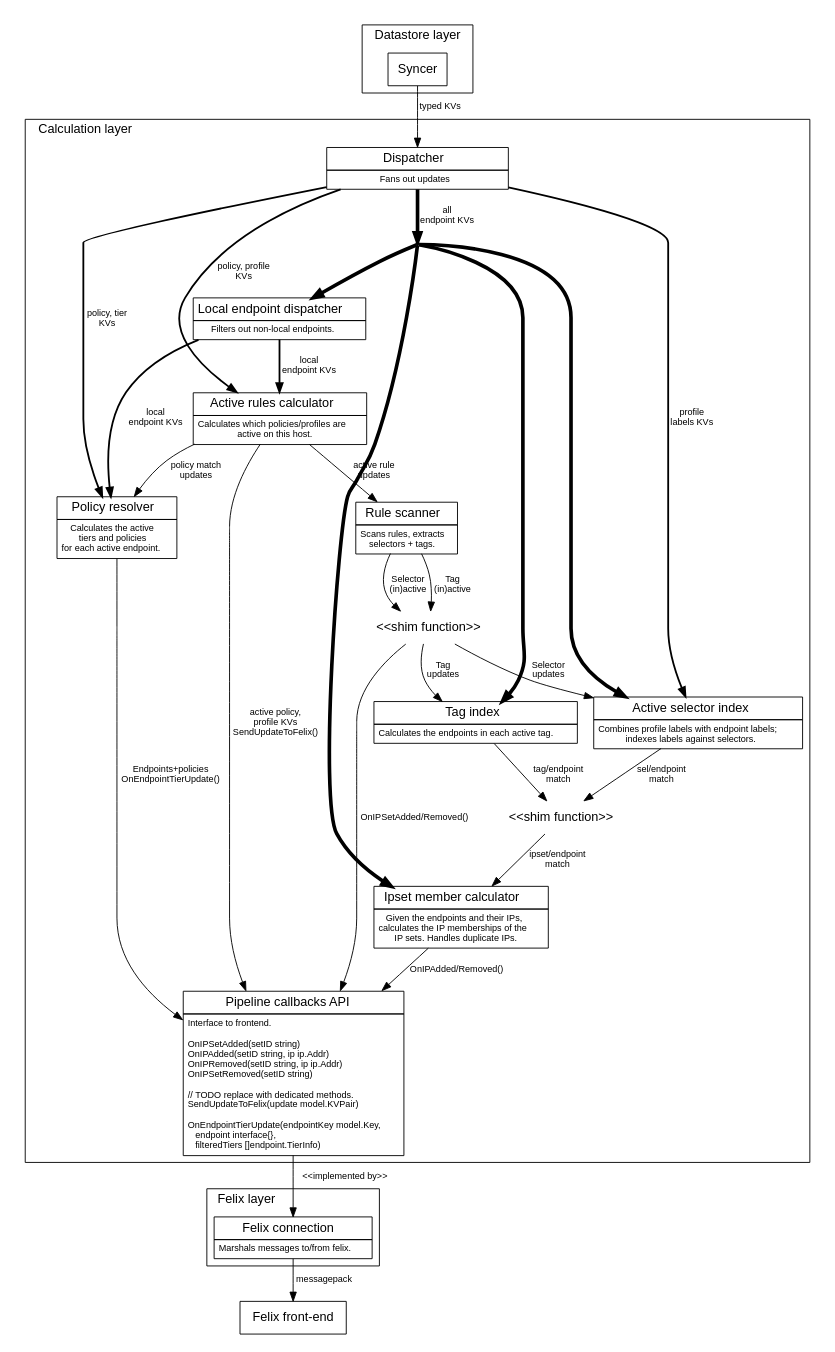
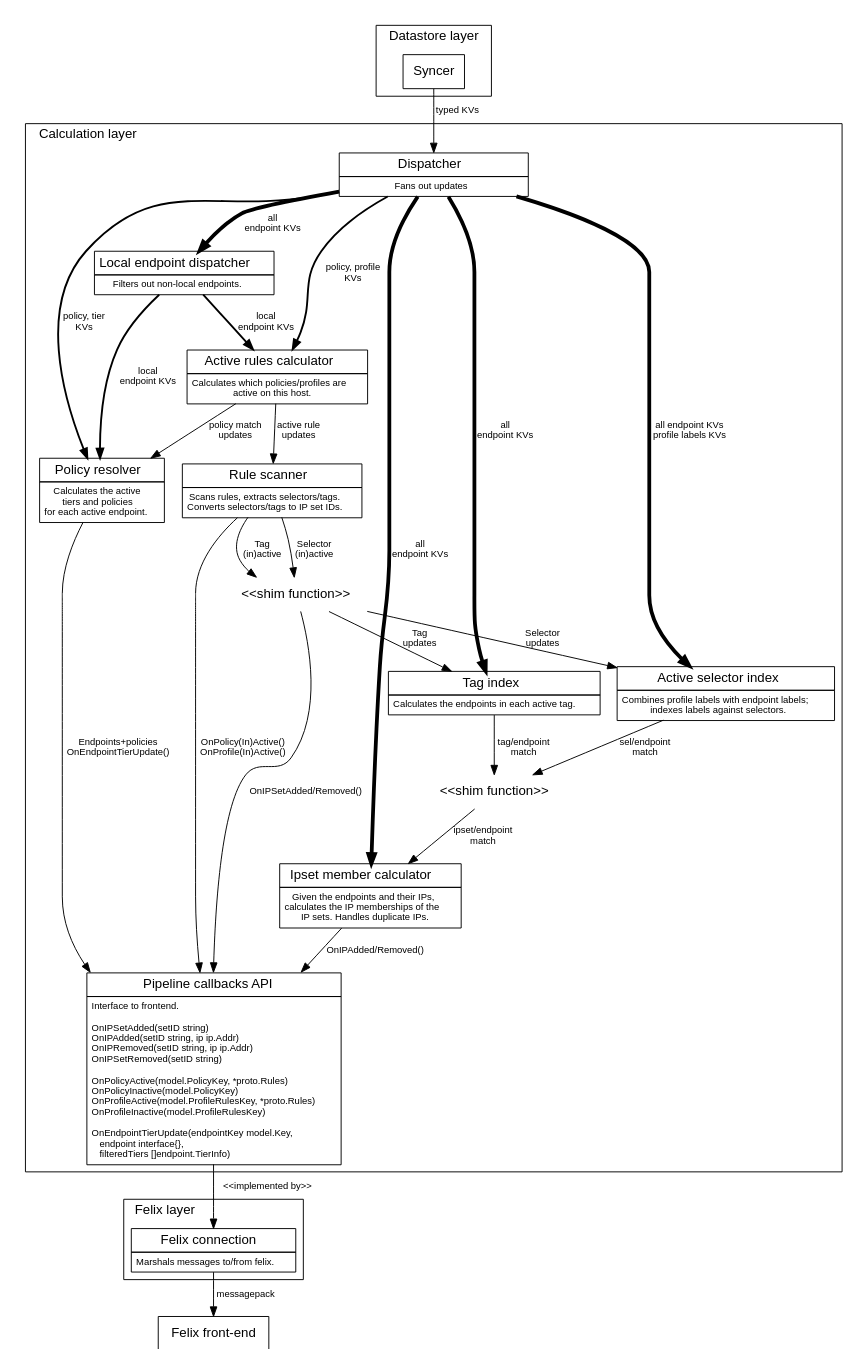
The diagram in doc/calc.dot (projectcalico/libcalico-go), drawn with Graphviz before and after one commit. The commit also changed 8 other files, not shown here.

Commit message:
Work towards a Felix event-based API.  Simplify calculationg graph.

```diff
--- a/doc/calc.dot
+++ b/doc/calc.dot
@@ -1,134 +1,133 @@
 digraph G {
 size="7.5,10"
 labeljust="l"
 fontname=Helvetica;
 node [fontname=Helvetica]
 edge [fontname=Helvetica,fontsize=10]
 
     subgraph cluster0 {
     label="Datastore layer";
 
         Syncer [shape=box]
     }
 
     Syncer -> Dispatcher [label="typed KVs"]
 
     subgraph cluster1 {
     label="Calculation layer";
         subgraph {
             /* Put some padding either side of the Dispatcher. */
             rank=same; nodepadding1; Dispatcher; nodepadding2;
             nodepadding1 [style=invisible,fixedsize=true,width=4]
             nodepadding2 [style=invisible,fixedsize=true,width=4]
             nodepadding1 -> Dispatcher [style=invis];
             Dispatcher -> nodepadding2 [style=invis];
         }
 
         Dispatcher [label=<<table BORDER="0" CELLBORDER="1" CELLSPACING="0" CELLPADDING="4">
           <tr><td WIDTH="200"><font point-size="14" >Dispatcher</font></td></tr>
           <tr><td><font point-size="10">Fans out updates</font></td></tr>
         </table>>, shape=none, margin=0]
         Dispatcher -> PolicyResolver [label="policy, tier\nKVs", penwidth=2]
         Dispatcher -> ActiveRulesCalc [label="policy, profile\nKVs", penwidth=2]
-        Dispatcher -> ActiveSelIdx [label="profile\nlabels KVs", penwidth=2]
+        Dispatcher -> ActiveSelIdx [label="all endpoint KVs\nprofile labels KVs", penwidth=4]
 
-        EPKVs [shape=point];
-        Dispatcher -> EPKVs [label="all\nendpoint KVs", penwidth=4];
+        Dispatcher -> LocalDispatcher [label="all\nendpoint KVs", penwidth=4];
+        Dispatcher -> TagIndex [label="all\nendpoint KVs", penwidth=4];
+        Dispatcher -> MemberCalc [label="all\nendpoint KVs", penwidth=4];
 
-        EPKVs -> ActiveSelIdx [penwidth=4];
-        EPKVs -> LocalDispatcher [penwidth=4];
-        EPKVs -> TagIndex [penwidth=4];
-        EPKVs -> MemberCalc [penwidth=4];
 
         LocalDispatcher [label=<<table BORDER="0" CELLBORDER="1" CELLSPACING="0" CELLPADDING="4">
           <tr><td><font point-size="14">Local endpoint dispatcher</font></td></tr>
           <tr><td><font point-size="10">Filters out non-local endpoints.</font></td></tr>
         </table>>, shape=none, margin=0]
         LocalDispatcher -> ActiveRulesCalc [label="local\nendpoint KVs", penwidth=2];
         LocalDispatcher -> PolicyResolver [label="local\nendpoint KVs", penwidth=2]
 
         ActiveRulesCalc [label=<<table BORDER="0" CELLBORDER="1" CELLSPACING="0" CELLPADDING="4">
           <tr><td><font point-size="14">Active rules calculator</font></td></tr>
           <tr><td><font point-size="10">Calculates which policies/profiles are<br/>active on this host.</font></td></tr>
         </table>>, shape=none, margin=0];
         ActiveRulesCalc -> RuleScanner [label="active rule\nupdates"];
         ActiveRulesCalc -> PolicyResolver [label="policy match\nupdates"];
 
         ActiveSelIdx [label=<<table BORDER="0" CELLBORDER="1" CELLSPACING="0" CELLPADDING="4">
           <tr><td><font point-size="14">Active selector index</font></td></tr>
           <tr><td><font point-size="10">Combines profile labels with endpoint labels;<br/>indexes labels against selectors.</font></td></tr>
         </table>>, shape=none, margin=0];
         "<<shim function>>" [shape=none]
         ActiveSelIdx -> "<<shim function>>" [label="sel/endpoint\nmatch"];
 
         RuleScanner [label=<<table BORDER="0" CELLBORDER="1" CELLSPACING="0" CELLPADDING="4">
           <tr><td><font point-size="14">Rule scanner</font></td></tr>
-          <tr><td><font point-size="10">Scans rules, extracts<br/>selectors + tags.</font></td></tr>
+          <tr><td><font point-size="10">Scans rules, extracts selectors/tags.<br/>Converts selectors/tags to IP set IDs.</font></td></tr>
         </table>>, shape=none, margin=0];
 
         PolicyResolver [label=<<table BORDER="0" CELLBORDER="1" CELLSPACING="0" CELLPADDING="4">
           <tr><td><font point-size="14">Policy resolver</font></td></tr>
           <tr><td><font point-size="10">Calculates the active<br/>tiers and policies<br/>for each active endpoint.</font></td></tr>
         </table>>, shape=none, margin=0];
 
 
         TagIndex [label=<<table BORDER="0" CELLBORDER="1" CELLSPACING="0" CELLPADDING="4">
           <tr><td><font point-size="14">Tag index</font></td></tr>
           <tr><td><font point-size="10">Calculates the endpoints in each active tag.</font></td></tr>
         </table>>, shape=none, margin=0];
 
         TagIndex -> "<<shim function>>" [label="tag/endpoint\nmatch"];
         "<<shim function>>" -> MemberCalc [label="ipset/endpoint\nmatch"];
 
         MemberCalc [label=<<table BORDER="0" CELLBORDER="1" CELLSPACING="0" CELLPADDING="4">
           <tr><td><font point-size="14">Ipset member calculator</font></td></tr>
           <tr><td><font point-size="10">Given the endpoints and their IPs,<br/>calculates the IP memberships of the<br/>IP sets. Handles duplicate IPs.</font></td></tr>
         </table>>, shape=none, margin=0];
 
 
-        ActiveRulesCalc -> PipelineCallbacks [label="active policy,\nprofile KVs\nSendUpdateToFelix()"];
+        RuleScanner -> PipelineCallbacks [label="OnPolicy(In)Active()\nOnProfile(In)Active()"];
 
         RuleScannerShim [label="<<shim function>>", shape=none]
         RuleScanner -> RuleScannerShim [label="Selector\n(in)active"];
         RuleScannerShim -> ActiveSelIdx [label="Selector\nupdates"]
         RuleScannerShim -> PipelineCallbacks [label="OnIPSetAdded/Removed()"];
 
         RuleScanner -> RuleScannerShim [label="Tag\n(in)active"];
         RuleScannerShim -> TagIndex [label="Tag\nupdates"]
 
 
         MemberCalc -> PipelineCallbacks [label="OnIPAdded/Removed()"];
         PolicyResolver -> PipelineCallbacks [label="Endpoints+policies\nOnEndpointTierUpdate()"];
 
         PipelineCallbacks [label=<<table BORDER="0" CELLBORDER="1" CELLSPACING="0" CELLPADDING="4">
           <tr><td><font point-size="14">Pipeline callbacks API</font></td></tr>
           <tr><td align="left"><font point-size="10">Interface to frontend.<BR ALIGN="LEFT"/>
 <BR ALIGN="LEFT"/>
 OnIPSetAdded(setID string)<BR ALIGN="LEFT"/>
 OnIPAdded(setID string, ip ip.Addr)<BR ALIGN="LEFT"/>
 OnIPRemoved(setID string, ip ip.Addr)<BR ALIGN="LEFT"/>
 OnIPSetRemoved(setID string)<BR ALIGN="LEFT"/>
 <BR ALIGN="LEFT"/>
-// TODO replace with dedicated methods.<BR ALIGN="LEFT"/>
-SendUpdateToFelix(update model.KVPair)<BR ALIGN="LEFT"/>
+OnPolicyActive(model.PolicyKey, *proto.Rules)<BR ALIGN="LEFT"/>
+OnPolicyInactive(model.PolicyKey)<BR ALIGN="LEFT"/>
+OnProfileActive(model.ProfileRulesKey, *proto.Rules)<BR ALIGN="LEFT"/>
+OnProfileInactive(model.ProfileRulesKey)<BR ALIGN="LEFT"/>
 <BR ALIGN="LEFT"/>
 OnEndpointTierUpdate(endpointKey model.Key,<BR ALIGN="LEFT"/>
     endpoint interface{},<BR ALIGN="LEFT"/>
     filteredTiers []endpoint.TierInfo)<BR ALIGN="LEFT"/>
 </font></td></tr>
         </table>>, shape=none, margin=0];
     }
 
     subgraph cluster2 {
     label="Felix layer";
         FelixConnection [label=<<table BORDER="0" CELLBORDER="1" CELLSPACING="0" CELLPADDING="4">
           <tr><td><font point-size="14">Felix connection</font></td></tr>
           <tr><td><font point-size="10">Marshals messages to/from felix.</font></td></tr>
         </table>>, shape=none, margin=0];
     }
 
 
     PipelineCallbacks -> FelixConnection [label="<<implemented by>>"]
     FelixConnection -> Felix [label="messagepack"];
     Felix [shape=box, label="Felix front-end"];
 }
```
